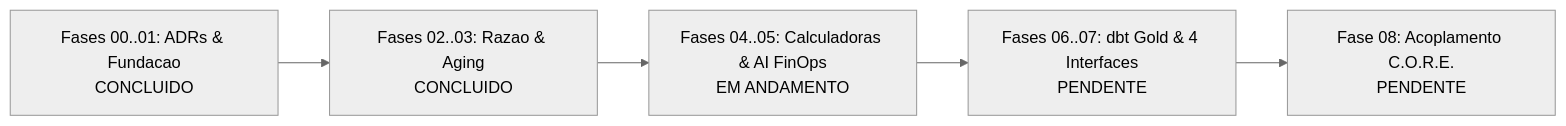
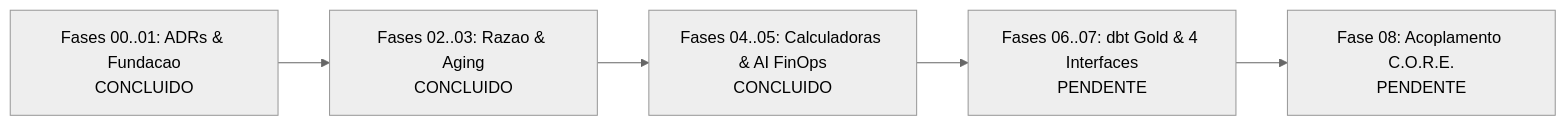
Before and after one commit to jhsfhtls/finops-capex-revenue-lakehouse: the diagram in JORNADA_IMPLEMENTACAO.md, drawn with Mermaid (neutral theme). The commit also changed other lines of this file and 8 other files, not shown here.

````diff
--- a/JORNADA_IMPLEMENTACAO.md
+++ b/JORNADA_IMPLEMENTACAO.md
@@ -23,7 +23,7 @@
 ```mermaid
 flowchart LR
     F01["Fases 00..01: ADRs & Fundacao<br/>CONCLUIDO"] --> F03["Fases 02..03: Razao & Aging<br/>CONCLUIDO"]
-    F03 --> F05["Fases 04..05: Calculadoras & AI FinOps<br/>EM ANDAMENTO"]
+    F03 --> F05["Fases 04..05: Calculadoras & AI FinOps<br/>CONCLUIDO"]
     F05 --> F07["Fases 06..07: dbt Gold & 4 Interfaces<br/>PENDENTE"]
     F07 --> F08["Fase 08: Acoplamento C.O.R.E.<br/>PENDENTE"]
 ```
````
